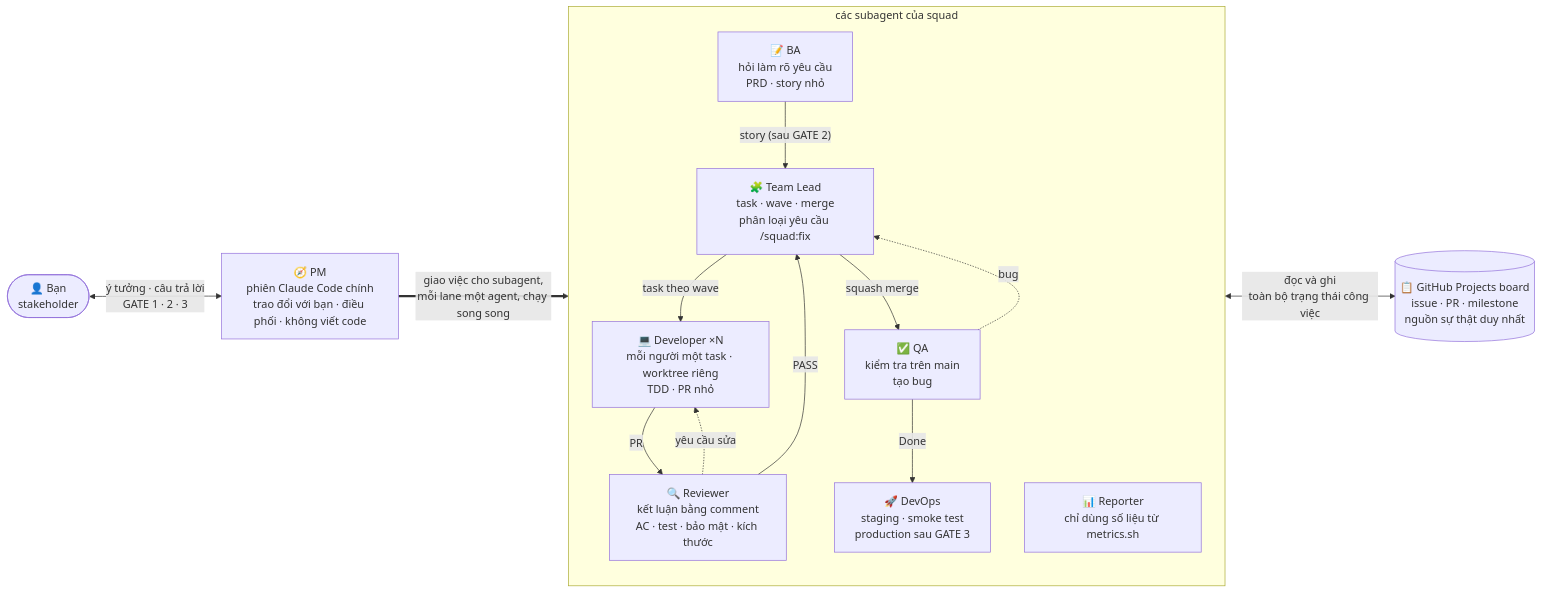
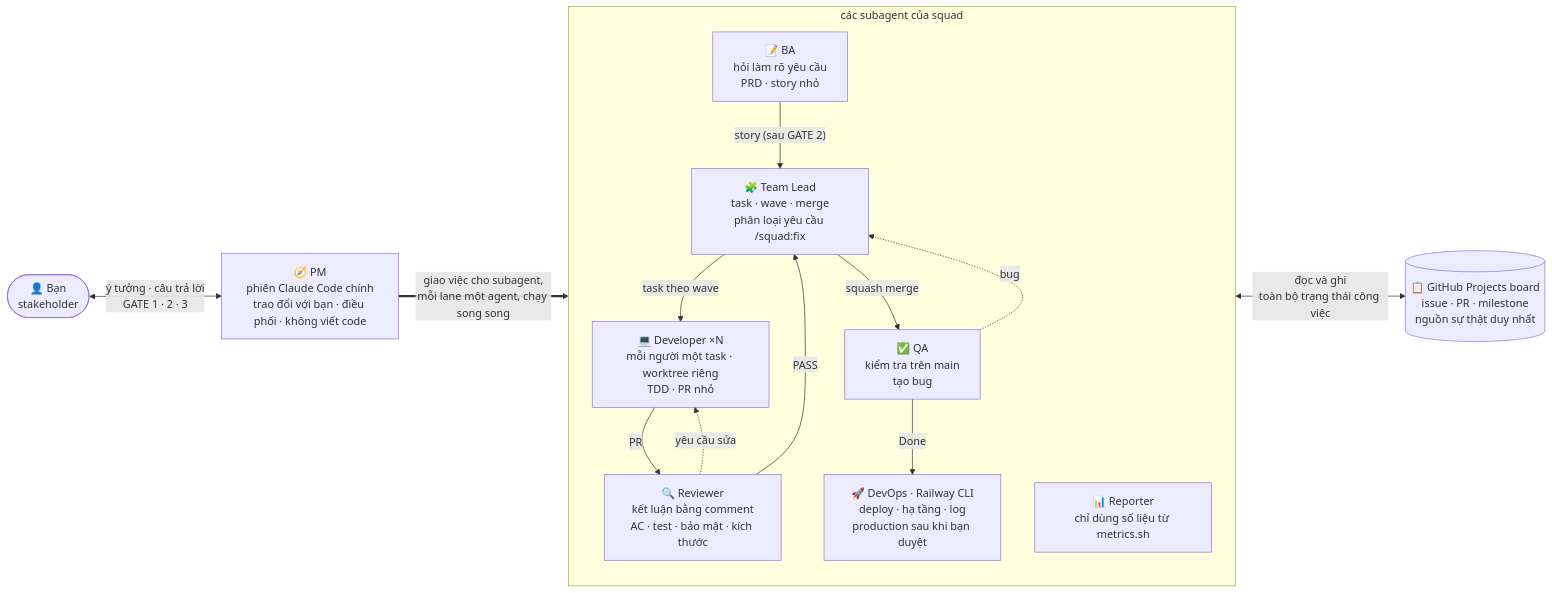
One commit to congdang-agilityio/agile-squad changed the diagram in README.vi.md. Above: the diagram before and after it, drawn with Mermaid. The commit also changed other lines of this file and 30 other files, not shown here.

First line of the commit message:
v0.4.0: DevOps operates Railway with the CLI (no tokens), infra tasks, log error scans

````diff
--- a/README.vi.md
+++ b/README.vi.md
@@ -17,26 +17,26 @@
 ```mermaid
 flowchart LR
     SH(["👤 Bạn<br/>stakeholder"])
     PM["🧭 PM<br/>phiên Claude Code chính<br/>trao đổi với bạn · điều phối · không viết code"]
     BOARD[("📋 GitHub Projects board<br/>issue · PR · milestone<br/>nguồn sự thật duy nhất")]
     SH <-->|"ý tưởng · câu trả lời<br/>GATE 1 · 2 · 3"| PM
     PM ==>|"giao việc cho subagent,<br/>mỗi lane một agent, chạy song song"| TEAM
     subgraph TEAM["các subagent của squad"]
         BA["📝 BA<br/>hỏi làm rõ yêu cầu<br/>PRD · story nhỏ"]
         TL["🧩 Team Lead<br/>task · wave · merge<br/>phân loại yêu cầu /squad:fix"]
         DEV["💻 Developer ×N<br/>mỗi người một task · worktree riêng<br/>TDD · PR nhỏ"]
         REV["🔍 Reviewer<br/>kết luận bằng comment<br/>AC · test · bảo mật · kích thước"]
         QA["✅ QA<br/>kiểm tra trên main<br/>tạo bug"]
-        OPS["🚀 DevOps<br/>staging · smoke test<br/>production sau GATE 3"]
+        OPS["🚀 DevOps · Railway CLI<br/>deploy · hạ tầng · log<br/>production sau khi bạn duyệt"]
         REP["📊 Reporter<br/>chỉ dùng số liệu từ metrics.sh"]
         BA -->|"story (sau GATE 2)"| TL
         TL -->|"task theo wave"| DEV
         DEV -->|PR| REV
         REV -.->|yêu cầu sửa| DEV
         REV -->|PASS| TL
         TL -->|squash merge| QA
         QA -.->|bug| TL
         QA -->|Done| OPS
     end
     TEAM <-->|"đọc và ghi<br/>toàn bộ trạng thái công việc"| BOARD
 ```
````
